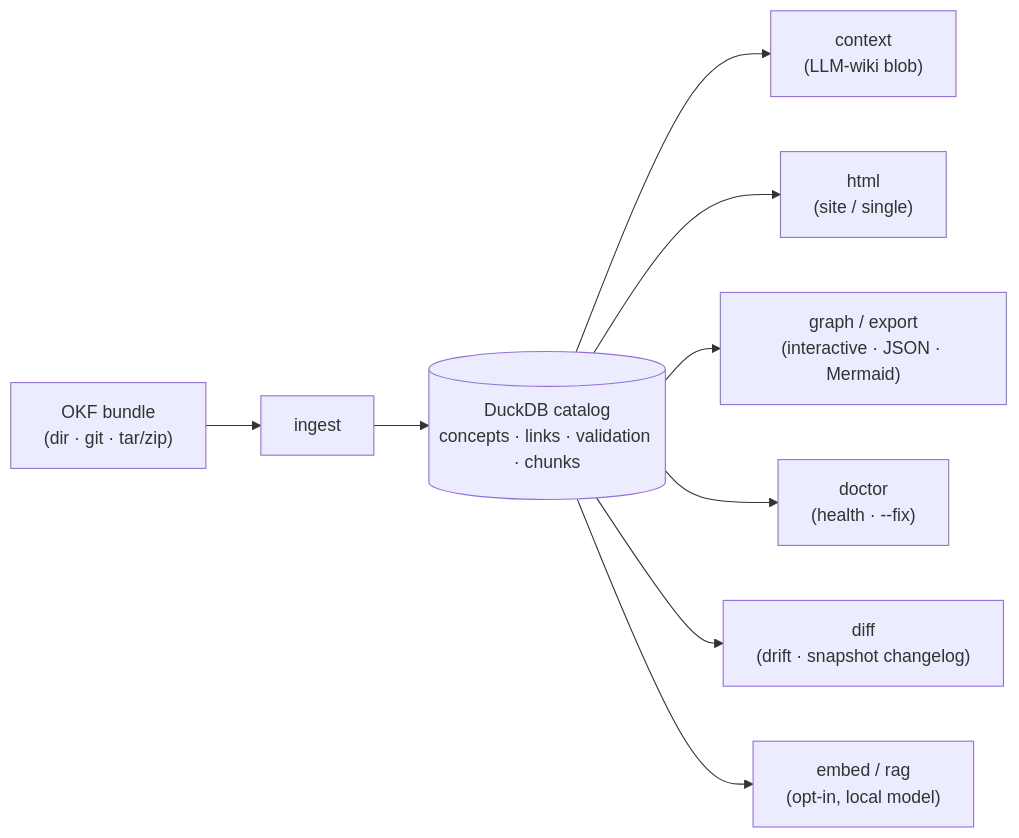
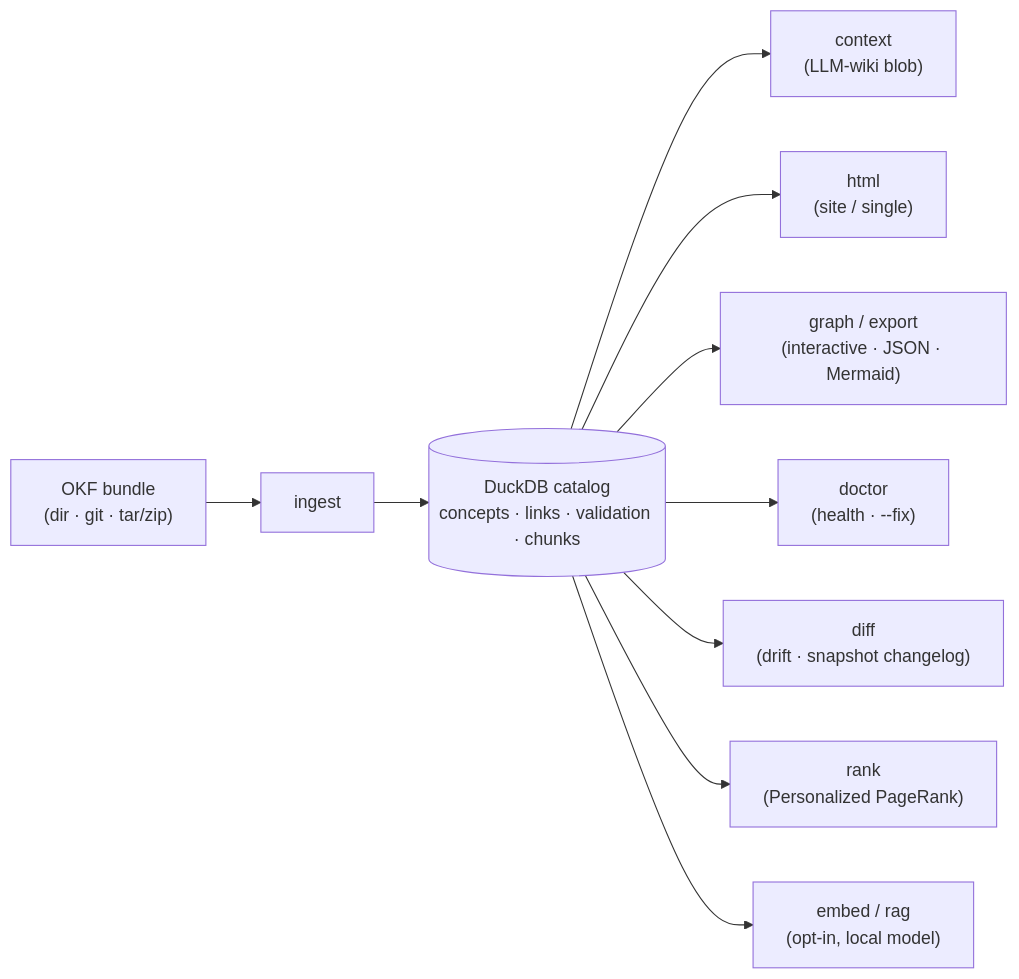
One commit to Foodini-NG/foodini-okf-ingest changed the diagram in README.md. Above: the diagram before and after it, drawn with Mermaid. The commit also changed other lines of this file and 23 other files, not shown here.

First line of the commit message:
feat: okf rank — exact Personalized PageRank relevance (0.8.0)

````diff
--- a/README.md
+++ b/README.md
@@ -74,11 +74,12 @@
 ```mermaid
 graph LR
   B["OKF bundle<br/>(dir · git · tar/zip)"] --> I[ingest]
   I --> C[(DuckDB catalog<br/>concepts · links · validation · chunks)]
   C --> CX["context<br/>(LLM-wiki blob)"]
   C --> H["html<br/>(site / single)"]
   C --> G["graph / export<br/>(interactive · JSON · Mermaid)"]
   C --> D["doctor<br/>(health · --fix)"]
   C --> DF["diff<br/>(drift · snapshot changelog)"]
+  C --> RK["rank<br/>(Personalized PageRank)"]
   C --> R["embed / rag<br/>(opt-in, local model)"]
 ```
````
